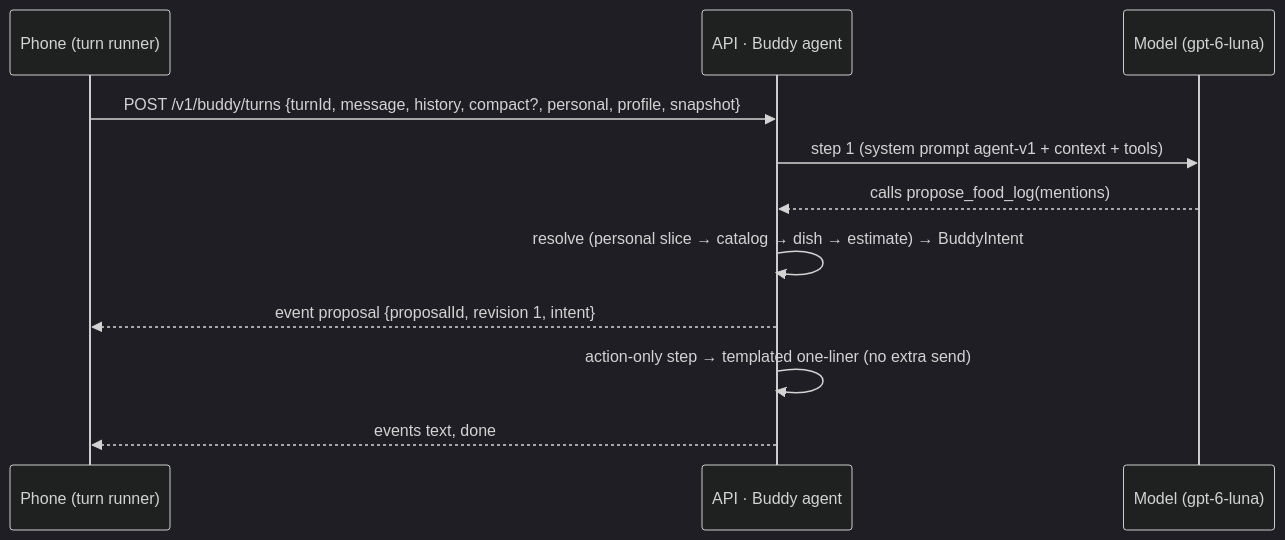
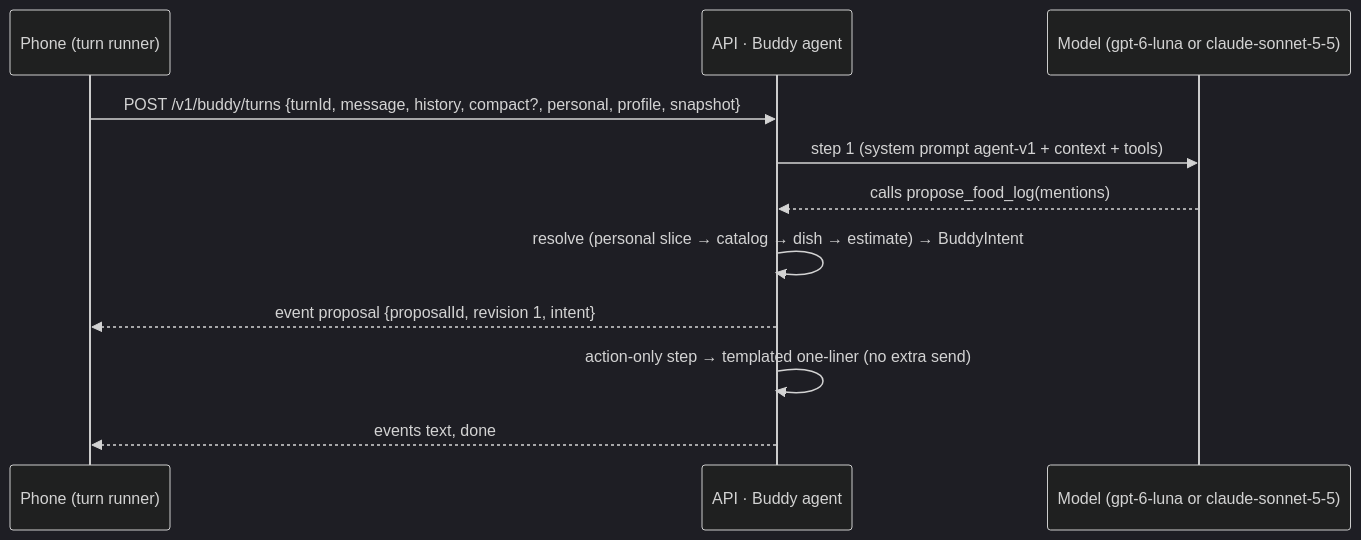
One commit to Abdelrahman-Hamza1/Fitness-Buddy changed the diagram in technical-planning/06-buddy-ai.md. Above: the diagram before and after it, drawn with Mermaid (dark theme). The commit also changed other lines of this file and 22 other files, not shown here.

First line of the commit message:
B27: Claude Sonnet 5.5 as a switchable Buddy provider

````diff
--- a/technical-planning/06-buddy-ai.md
+++ b/technical-planning/06-buddy-ai.md
@@ -16,13 +16,13 @@
 ```mermaid
 sequenceDiagram
   participant P as Phone (turn runner)
   participant S as API · Buddy agent
-  participant M as Model (gpt-6-luna)
+  participant M as Model (gpt-6-luna or claude-sonnet-5-5)
   P->>S: POST /v1/buddy/turns {turnId, message, history, compact?, personal, profile, snapshot}
   S->>M: step 1 (system prompt agent-v1 + context + tools)
   M-->>S: calls propose_food_log(mentions)
   S->>S: resolve (personal slice → catalog → dish → estimate) → BuddyIntent
   S-->>P: event proposal {proposalId, revision 1, intent}
   S->>S: action-only step → templated one-liner (no extra send)
   S-->>P: events text, done
 ```
````
